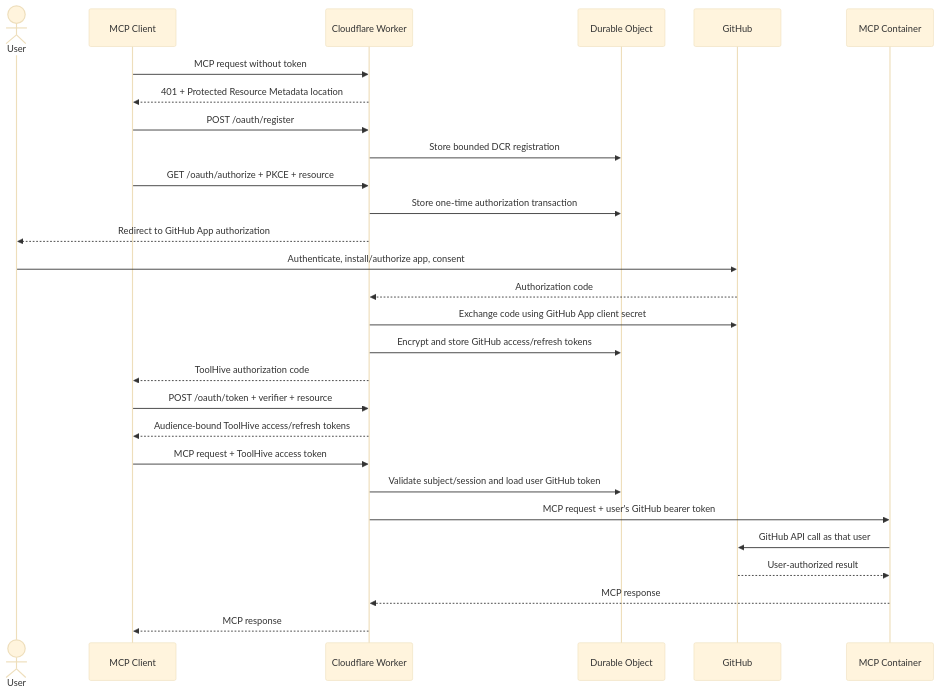
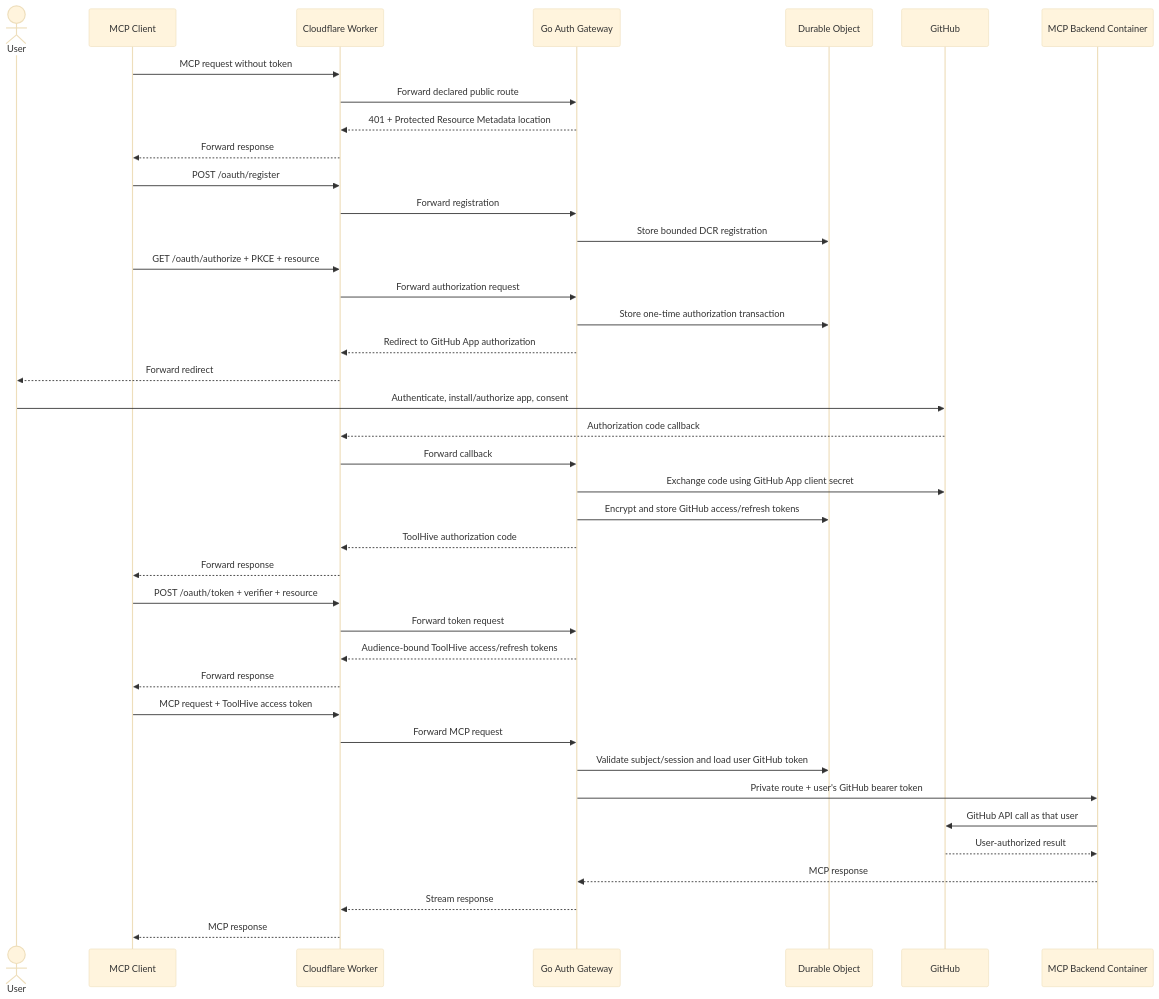
One commit to stacklok/toolhive-rfcs changed the second of 3 diagrams in rfcs/THV-0082-cloudflare-deployment.md. Above: the diagram before and after it, drawn with Mermaid (base theme). The commit also changed other lines of this file, not shown here.

````diff
--- a/rfcs/THV-0082-cloudflare-deployment.md
+++ b/rfcs/THV-0082-cloudflare-deployment.md
@@ -136,31 +174,43 @@
 ```mermaid
 sequenceDiagram
     actor U as User
     participant C as MCP Client
     participant W as Cloudflare Worker
+    participant A as Go Auth Gateway
     participant D as Durable Object
     participant G as GitHub
-    participant M as MCP Container
+    participant M as MCP Backend Container
 
     C->>W: MCP request without token
-    W-->>C: 401 + Protected Resource Metadata location
+    W->>A: Forward declared public route
+    A-->>W: 401 + Protected Resource Metadata location
+    W-->>C: Forward response
     C->>W: POST /oauth/register
-    W->>D: Store bounded DCR registration
+    W->>A: Forward registration
+    A->>D: Store bounded DCR registration
     C->>W: GET /oauth/authorize + PKCE + resource
-    W->>D: Store one-time authorization transaction
-    W-->>U: Redirect to GitHub App authorization
+    W->>A: Forward authorization request
+    A->>D: Store one-time authorization transaction
+    A-->>W: Redirect to GitHub App authorization
+    W-->>U: Forward redirect
     U->>G: Authenticate, install/authorize app, consent
-    G-->>W: Authorization code
-    W->>G: Exchange code using GitHub App client secret
-    W->>D: Encrypt and store GitHub access/refresh tokens
-    W-->>C: ToolHive authorization code
+    G-->>W: Authorization code callback
+    W->>A: Forward callback
+    A->>G: Exchange code using GitHub App client secret
+    A->>D: Encrypt and store GitHub access/refresh tokens
+    A-->>W: ToolHive authorization code
+    W-->>C: Forward response
     C->>W: POST /oauth/token + verifier + resource
-    W-->>C: Audience-bound ToolHive access/refresh tokens
+    W->>A: Forward token request
+    A-->>W: Audience-bound ToolHive access/refresh tokens
+    W-->>C: Forward response
     C->>W: MCP request + ToolHive access token
-    W->>D: Validate subject/session and load user GitHub token
-    W->>M: MCP request + user's GitHub bearer token
+    W->>A: Forward MCP request
+    A->>D: Validate subject/session and load user GitHub token
+    A->>M: Private route + user's GitHub bearer token
     M->>G: GitHub API call as that user
     G-->>M: User-authorized result
-    M-->>W: MCP response
+    M-->>A: MCP response
+    A-->>W: Stream response
     W-->>C: MCP response
 ```
````
